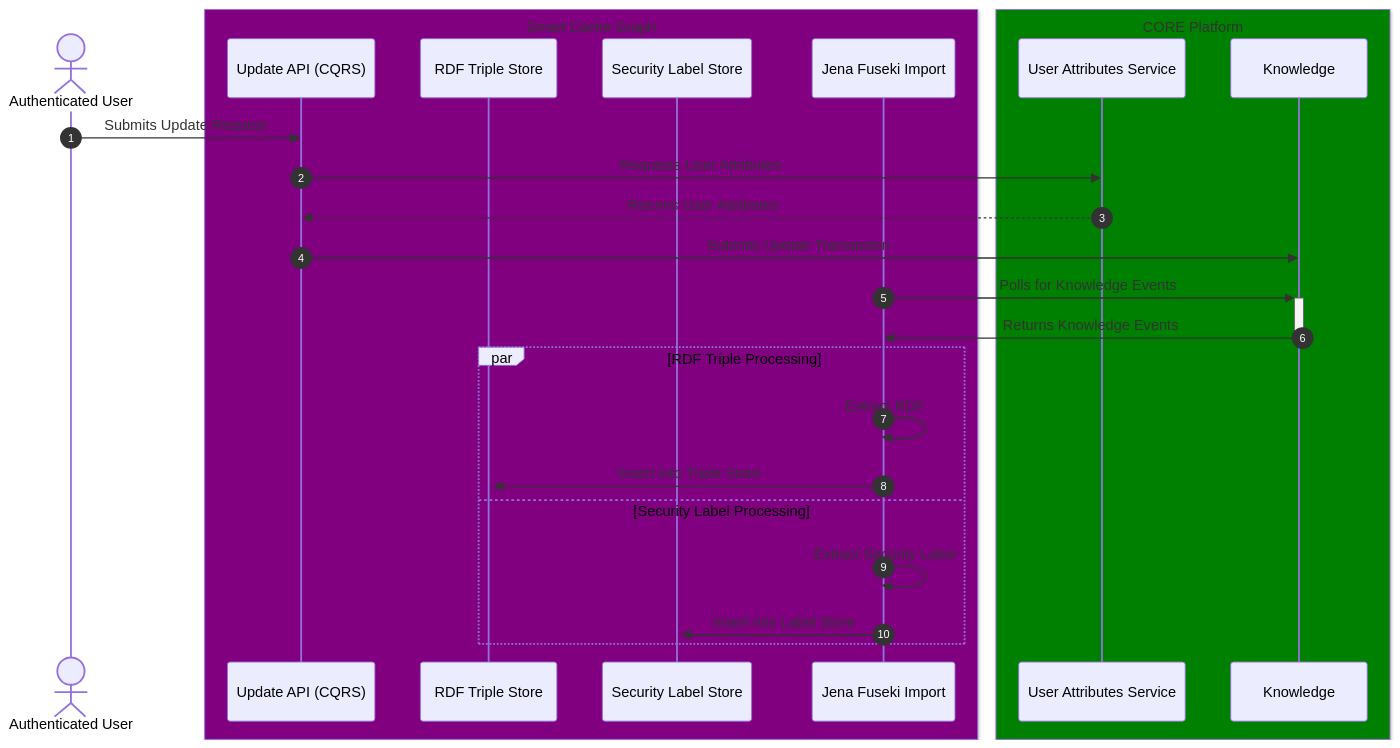
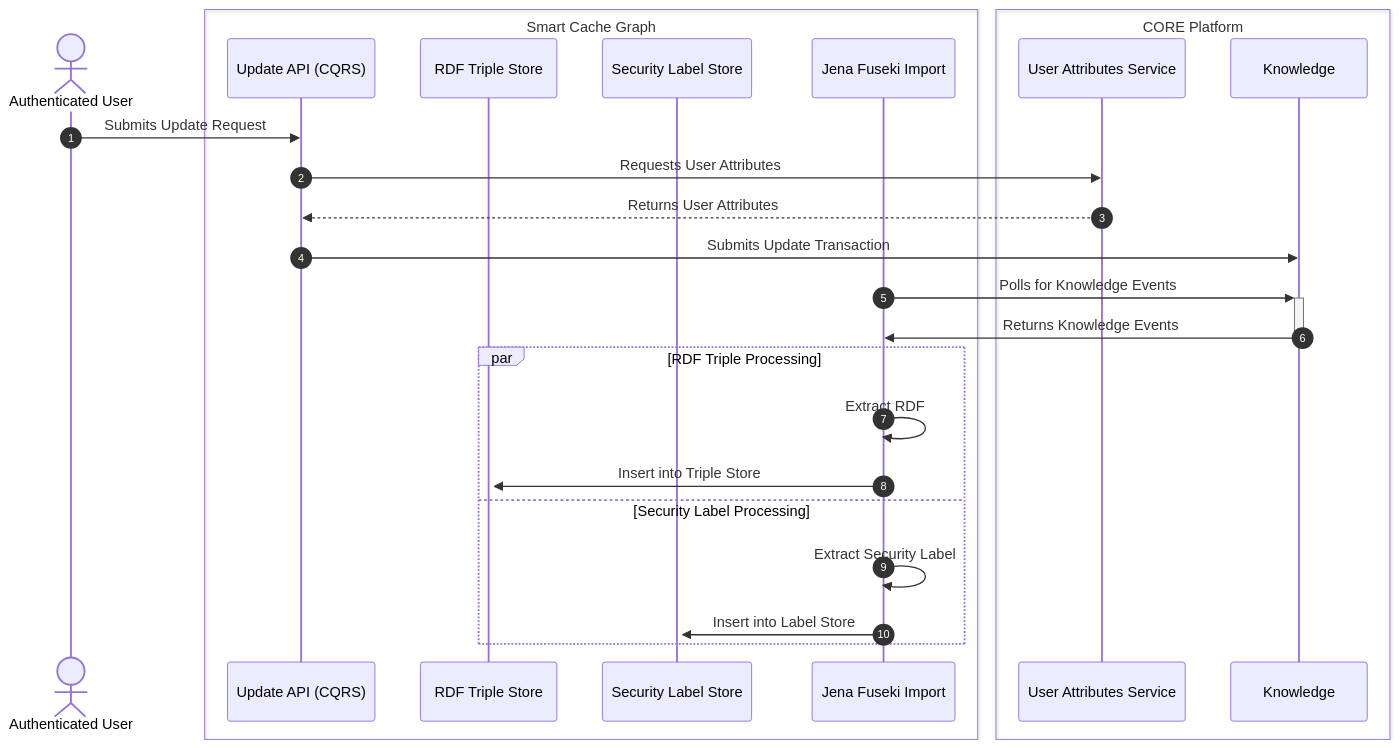
Before and after one commit to telicent-oss/smart-cache-graph: the diagram in docs/diagrams/sparql_update_sequence.mmd, drawn with Mermaid. The commit also changed 14 other files, not shown here.

Commit message:
[CORE-385] Diagram updates based on document feedback

```diff
--- a/docs/diagrams/sparql_update_sequence.mmd
+++ b/docs/diagrams/sparql_update_sequence.mmd
@@ -1,32 +1,32 @@
 sequenceDiagram
     autonumber
     actor U as Authenticated User
 
-    box Purple Smart Cache Graph
+    box Smart Cache Graph
         participant SA as Update API (CQRS)
         participant RTS as RDF Triple Store
         participant L as Security Label Store
         participant JF as Jena Fuseki Import
     end
 
-    box Green CORE Platform
+    box CORE Platform
         participant UAS as User Attributes Service
         participant K as Knowledge
     end
 
     U->>SA: Submits Update Request
     SA->>UAS: Requests User Attributes
     UAS-->>SA: Returns User Attributes
 
     SA->>K: Submits Update Transaction
 
     JF->>+K: Polls for Knowledge Events
     K->>-JF: Returns Knowledge Events
 
     par RDF Triple Processing
         JF->>JF: Extract RDF
         JF->>+RTS: Insert into Triple Store
     and Security Label Processing
         JF->>JF: Extract Security Label
         JF->>+L: Insert into Label Store
     end
```
